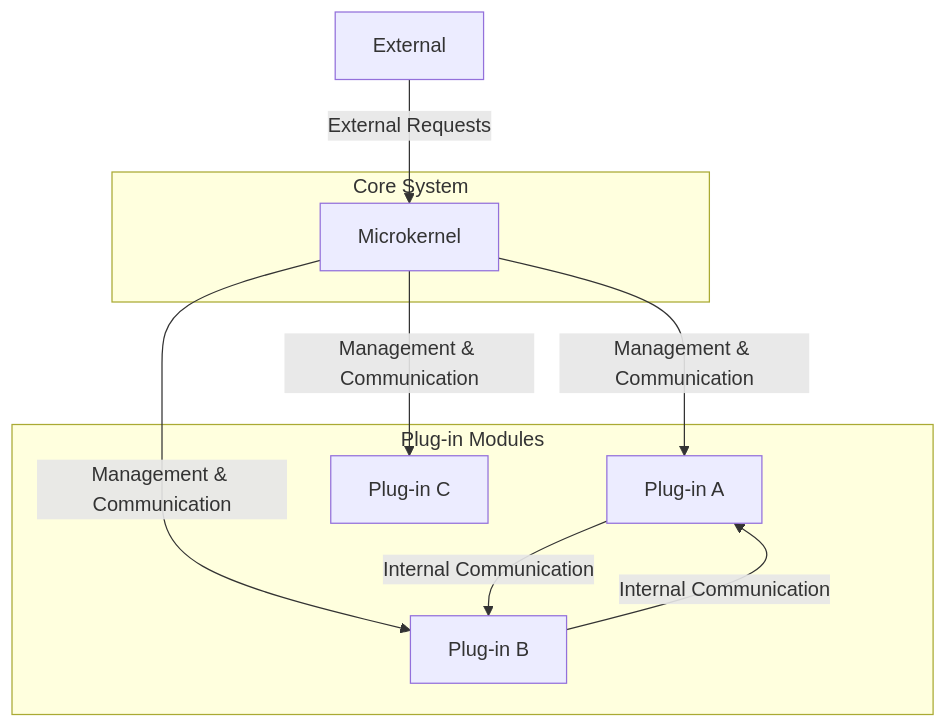
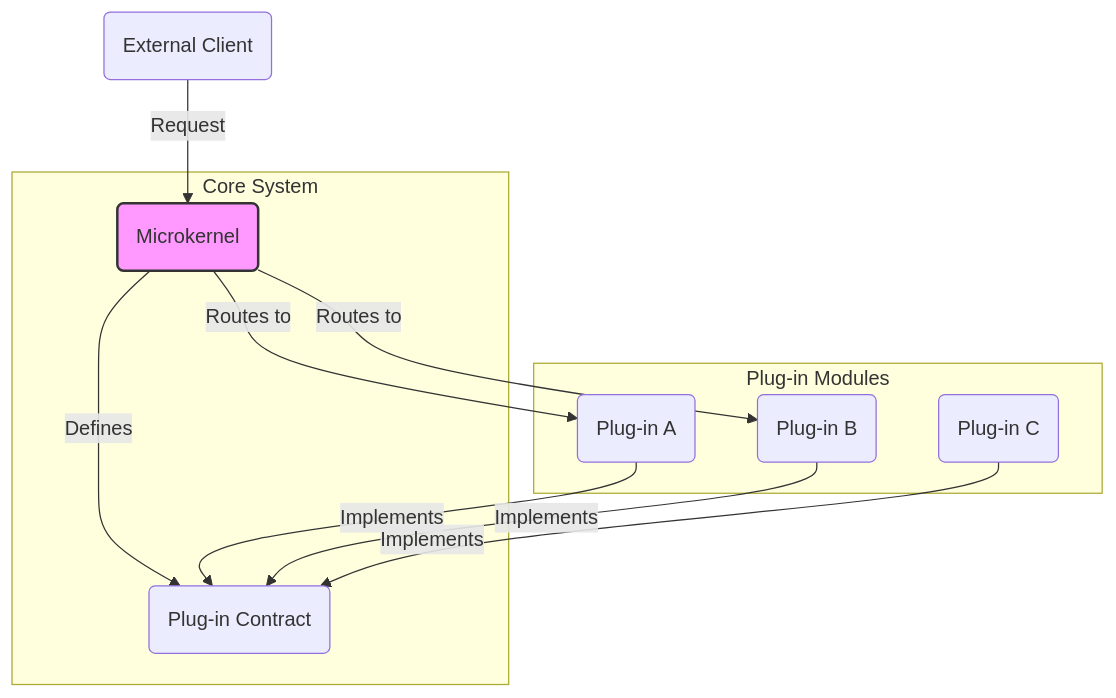
Before and after one commit to bmeurant/technical-docs: the diagram in software-architecture/architectural-styles/microkernel.md, drawn with Mermaid. The commit also changed other lines of this file and 35 other files, not shown here.

Commit message:
docs(software-architecture): various fixes

````diff
--- a/software-architecture/architectural-styles/microkernel.md
+++ b/software-architecture/architectural-styles/microkernel.md
@@ -24,21 +21,25 @@
 ```mermaid
 graph TD
-    subgraph Core System
-        A[Microkernel]
+    subgraph CoreSystem["Core System"]
+        MK(Microkernel)
+        Contract(Plug-in Contract)
+        MK -- "Defines" --> Contract
     end
 
-    subgraph Plug-in Modules
-        B[Plug-in A]
-        C[Plug-in B]
-        D[Plug-in C]
+    subgraph Plugins["Plug-in Modules"]
+        P1(Plug-in A)
+        P2(Plug-in B)
+        P3(Plug-in C)
     end
 
-    E[External]
+    ExternalClient(External Client) -- "Request" --> MK
+
+    P1 -- "Implements" --> Contract
+    P2 -- "Implements" --> Contract
+    P3 -- "Implements" --> Contract
+
+    MK -- "Routes to" --> P1
+    MK -- "Routes to" --> P2
     
-    A -- "Management & Communication" --> B
-    A -- "Management & Communication" --> C
-    A -- "Management & Communication" --> D
-    E -- "External Requests" --> A
-    B -- "Internal Communication" --> C
-    C -- "Internal Communication" --> B
+    style MK fill:#f9f,stroke:#333,stroke-width:2px
 ```
````
